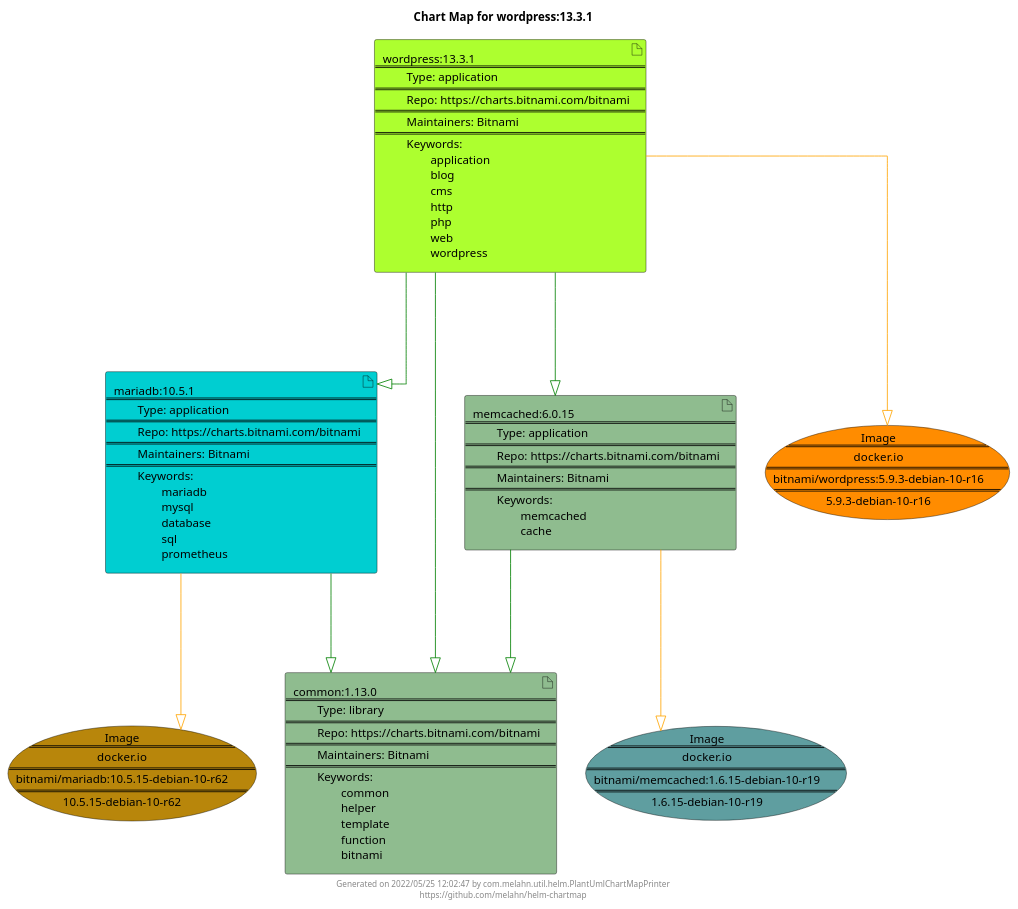
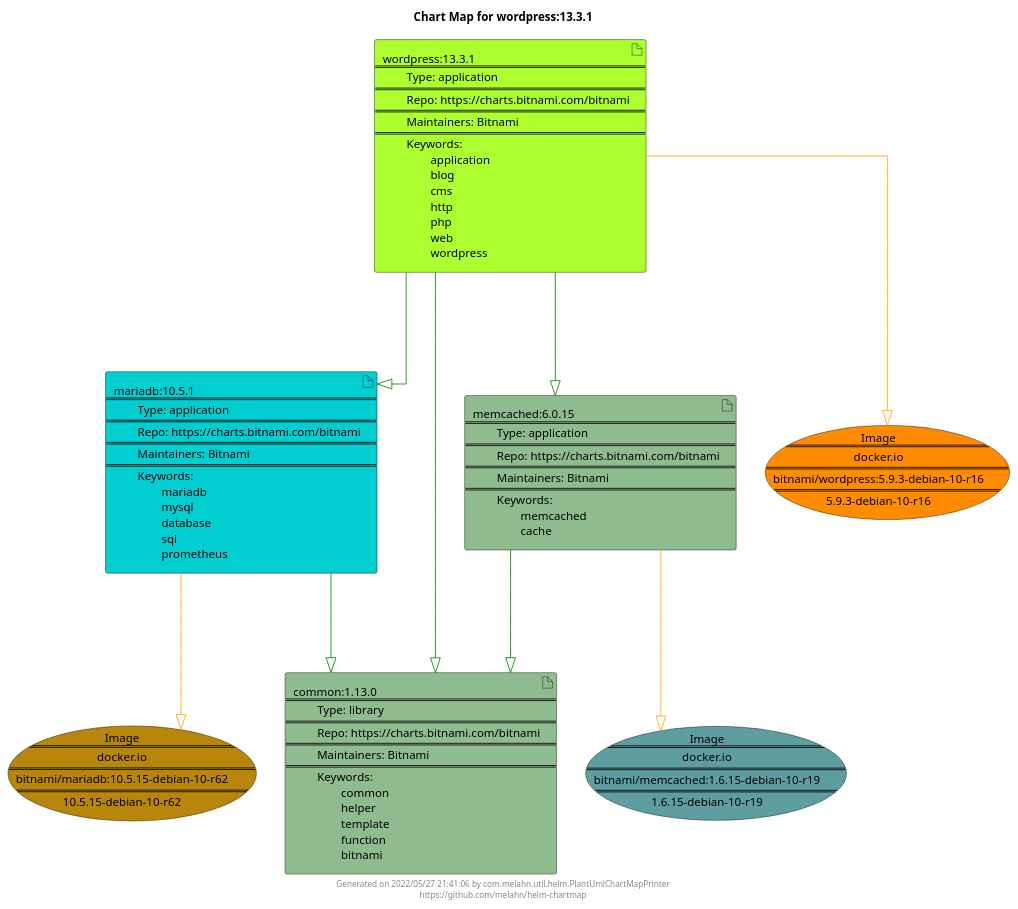
Before and after one commit to melahn/helm-chartmap: the diagram in docs/wordpress/wordpress-13.3.1.puml, drawn with PlantUML. The commit also changed 63 other files, not shown here.

Commit message:
Update Example Chart Maps as part of GitHub build

```diff
--- a/docs/wordpress/wordpress-13.3.1.puml
+++ b/docs/wordpress/wordpress-13.3.1.puml
@@ -1,33 +1,33 @@
 @startuml
 skinparam linetype ortho
 skinparam backgroundColor white
 skinparam usecaseBorderColor black
 skinparam usecaseArrowColor LightSlateGray
 skinparam artifactBorderColor black
 skinparam artifactArrowColor LightSlateGray
 
 title Chart Map for wordpress:13.3.1
 
 'There are 4 referenced Helm Charts
 artifact "wordpress:13.3.1\n====\n\tType: application\n====\n\tRepo: https://charts.bitnami.com/bitnami\n====\n\tMaintainers: Bitnami\n====\n\tKeywords: \n\t\tapplication\n\t\tblog\n\t\tcms\n\t\thttp\n\t\tphp\n\t\tweb\n\t\twordpress" as wordpress_13_3_1 #GreenYellow
 artifact "common:1.13.0\n====\n\tType: library\n====\n\tRepo: https://charts.bitnami.com/bitnami\n====\n\tMaintainers: Bitnami\n====\n\tKeywords: \n\t\tcommon\n\t\thelper\n\t\ttemplate\n\t\tfunction\n\t\tbitnami" as common_1_13_0 #DarkSeaGreen
 artifact "mariadb:10.5.1\n====\n\tType: application\n====\n\tRepo: https://charts.bitnami.com/bitnami\n====\n\tMaintainers: Bitnami\n====\n\tKeywords: \n\t\tmariadb\n\t\tmysql\n\t\tdatabase\n\t\tsql\n\t\tprometheus" as mariadb_10_5_1 #DarkTurquoise
 artifact "memcached:6.0.15\n====\n\tType: application\n====\n\tRepo: https://charts.bitnami.com/bitnami\n====\n\tMaintainers: Bitnami\n====\n\tKeywords: \n\t\tmemcached\n\t\tcache" as memcached_6_0_15 #DarkSeaGreen
 
 'There are 3 referenced Docker Images
 usecase "Image\n====\ndocker.io\n====\nbitnami/memcached:1.6.15-debian-10-r19\n====\n1.6.15-debian-10-r19" as docker_io_bitnami_memcached_1_6_15_debian_10_r19 #CadetBlue
 usecase "Image\n====\ndocker.io\n====\nbitnami/mariadb:10.5.15-debian-10-r62\n====\n10.5.15-debian-10-r62" as docker_io_bitnami_mariadb_10_5_15_debian_10_r62 #DarkGoldenRod
 usecase "Image\n====\ndocker.io\n====\nbitnami/wordpress:5.9.3-debian-10-r16\n====\n5.9.3-debian-10-r16" as docker_io_bitnami_wordpress_5_9_3_debian_10_r16 #Darkorange
 
 'Chart Dependencies
 wordpress_13_3_1--[#green]-|>common_1_13_0
 wordpress_13_3_1--[#green]-|>mariadb_10_5_1
 mariadb_10_5_1--[#green]-|>common_1_13_0
 wordpress_13_3_1--[#green]-|>memcached_6_0_15
 memcached_6_0_15--[#green]-|>common_1_13_0
 wordpress_13_3_1--[#orange]-|>docker_io_bitnami_wordpress_5_9_3_debian_10_r16
 mariadb_10_5_1--[#orange]-|>docker_io_bitnami_mariadb_10_5_15_debian_10_r62
 memcached_6_0_15--[#orange]-|>docker_io_bitnami_memcached_1_6_15_debian_10_r19
 
-center footer Generated on 2022/05/25 12:02:47 by com.melahn.util.helm.PlantUmlChartMapPrinter\nhttps://github.com/melahn/helm-chartmap
+center footer Generated on 2022/05/27 21:41:06 by com.melahn.util.helm.PlantUmlChartMapPrinter\nhttps://github.com/melahn/helm-chartmap
 @enduml
```
